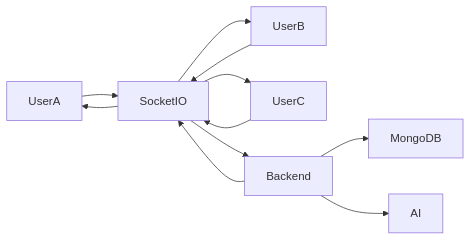
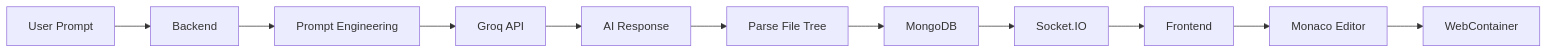
The eighth of 8 diagrams in README.md (Jitendra-Kumar123/Soen--AI-Software-Engineer), drawn with Mermaid before and after one commit. The commit also changed other lines of this file, not shown here.

Commit message:
Improving Architecture

````diff
--- a/README.md
+++ b/README.md
@@ -424,23 +377,25 @@
 ```mermaid
 flowchart LR
 
-UserA --> SocketIO
+User["User Prompt"]
 
-UserB --> SocketIO
+User --> Backend["Backend"]
 
-UserC --> SocketIO
+Backend --> Prompt["Prompt Engineering"]
 
-SocketIO --> Backend
+Prompt --> Groq["Groq API"]
 
-Backend --> MongoDB
+Groq --> Response["AI Response"]
 
-Backend --> AI
+Response --> Parser["Parse File Tree"]
 
-Backend --> SocketIO
+Parser --> Database["MongoDB"]
 
-SocketIO --> UserA
+Database --> Socket["Socket.IO"]
 
-SocketIO --> UserB
+Socket --> Frontend["Frontend"]
 
-SocketIO --> UserC
+Frontend --> Editor["Monaco Editor"]
+
+Editor --> Runtime["WebContainer"]
 ```
````
